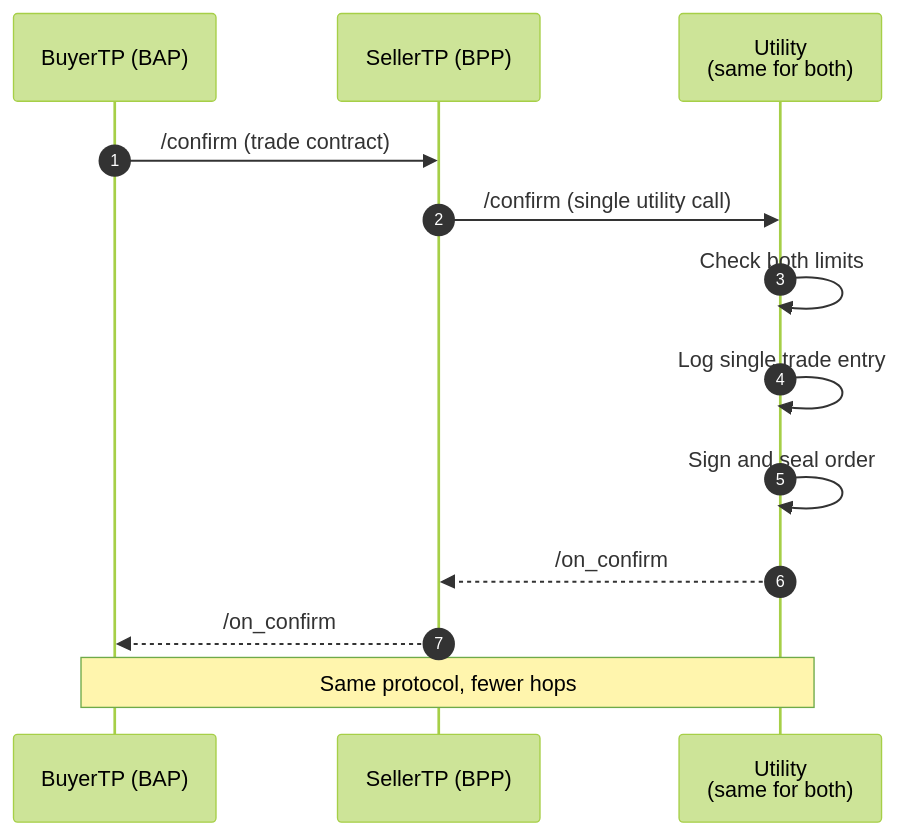
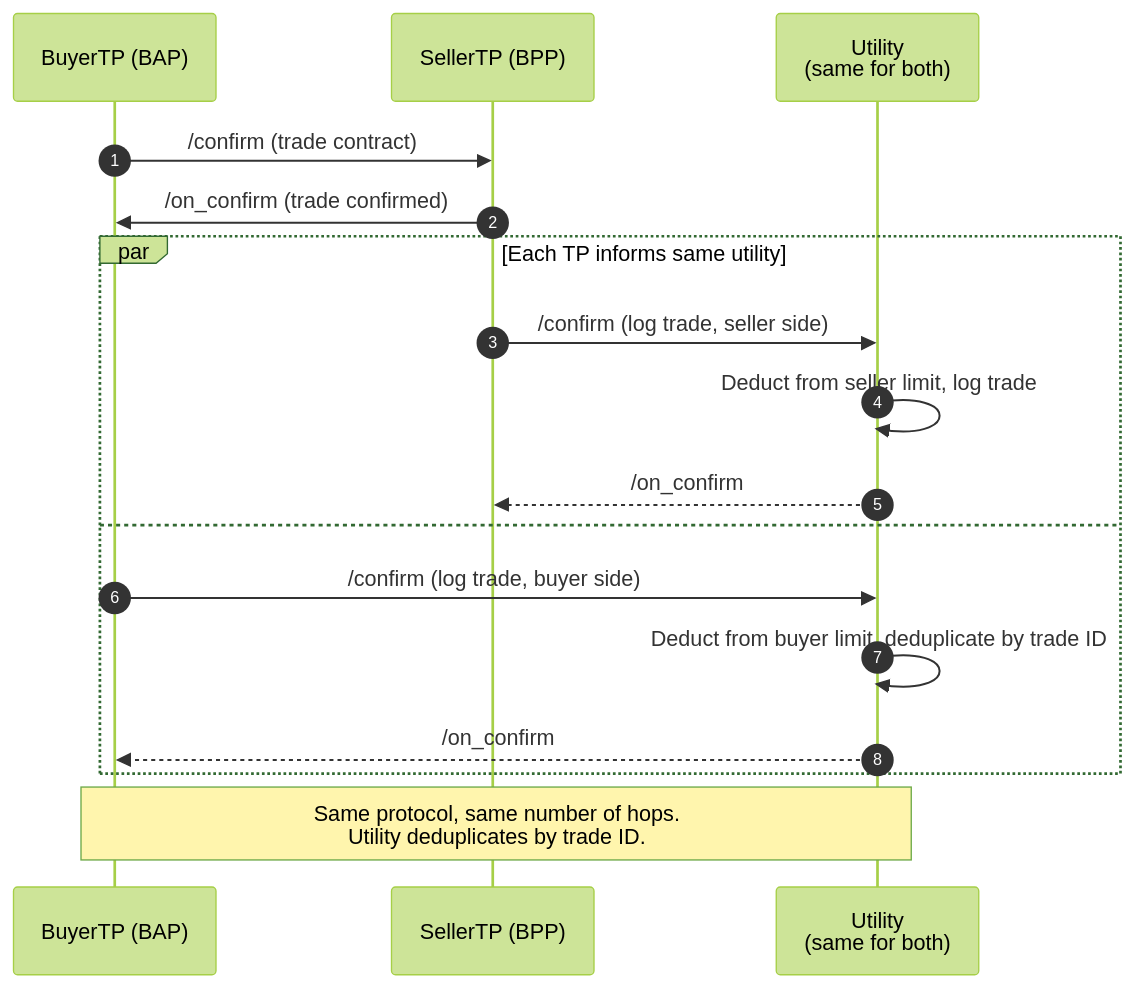
The tenth of 10 diagrams in docs/implementation-guides/v2/P2P_Trading/Inter_energy_retailer_P2P_trading_altarch_draft.md (areebahmeddd/digital-energy-grid), drawn with Mermaid (forest theme) before and after one commit. The commit also changed other lines of this file, not shown here.

Commit message:
update seq diagram

````diff
--- a/docs/implementation-guides/v2/P2P_Trading/Inter_energy_retailer_P2P_trading_altarch_draft.md
+++ b/docs/implementation-guides/v2/P2P_Trading/Inter_energy_retailer_P2P_trading_altarch_draft.md
@@ -490,19 +525,21 @@
 ```mermaid
 sequenceDiagram
     autonumber
     participant BuyerTP as BuyerTP (BAP)
     participant SellerTP as SellerTP (BPP)
     participant Utility as Utility<br/>(same for both)
 
     BuyerTP->>SellerTP: /confirm (trade contract)
-    SellerTP->>Utility: /confirm (single utility call)
+    SellerTP->>BuyerTP: /on_confirm (trade confirmed)
+    par Each TP informs same utility
+        SellerTP->>Utility: /confirm (log trade, seller side)
+        Utility->>Utility: Deduct from seller limit, log trade
+        Utility-->>SellerTP: /on_confirm
+    and
+        BuyerTP->>Utility: /confirm (log trade, buyer side)
+        Utility->>Utility: Deduct from buyer limit, deduplicate by trade ID
+        Utility-->>BuyerTP: /on_confirm
+    end
 
-    Utility->>Utility: Check both limits
-    Utility->>Utility: Log single trade entry
-    Utility->>Utility: Sign and seal order
-
-    Utility-->>SellerTP: /on_confirm
-    SellerTP-->>BuyerTP: /on_confirm
-
-    Note over BuyerTP,Utility: Same protocol, fewer hops
+    Note over BuyerTP,Utility: Same protocol, same number of hops.<br/>Utility deduplicates by trade ID.
 ```
````
